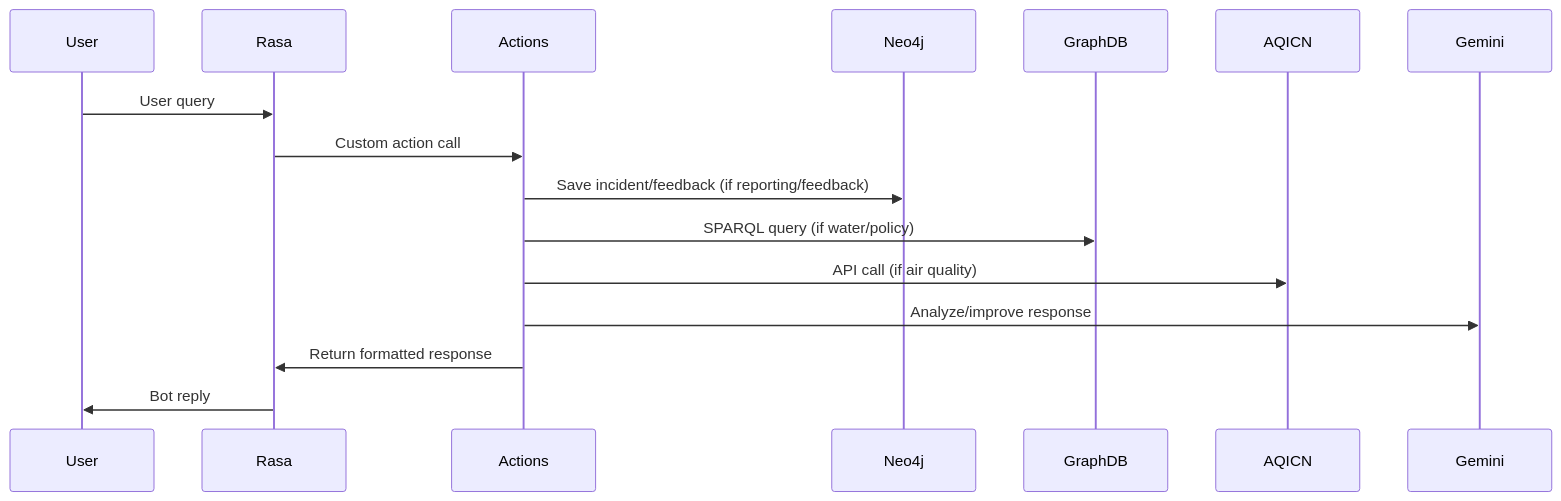
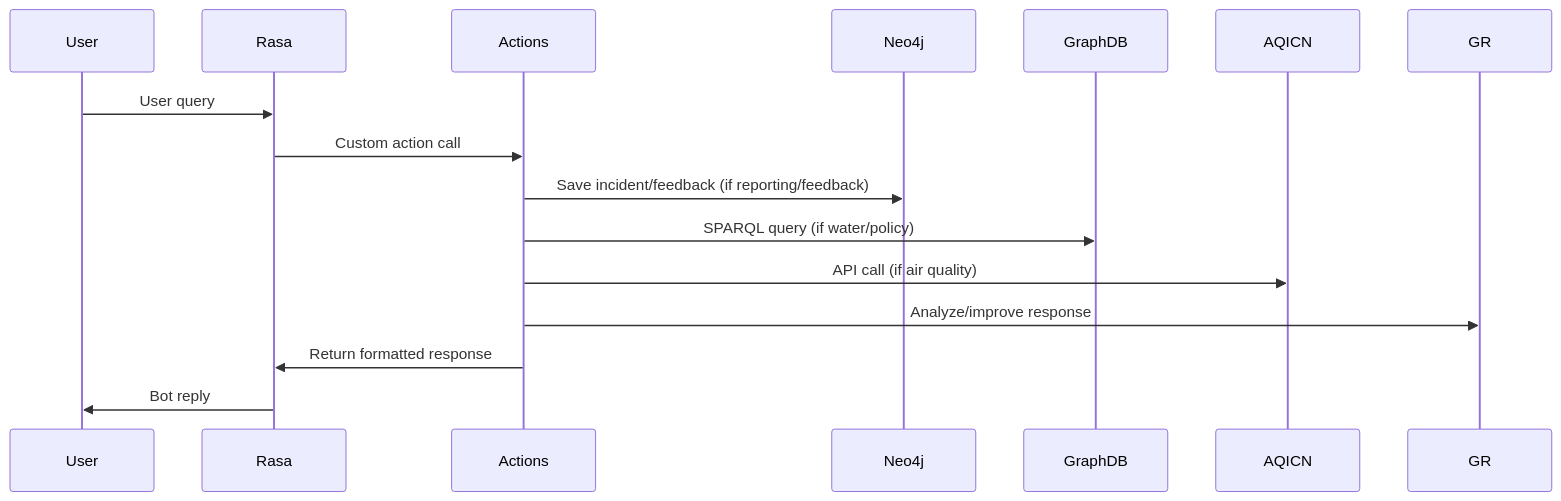
Before and after one commit to aryaayush190/EcoSentinel: the second of 2 diagrams in README.md, drawn with Mermaid.

````diff
--- a/README.md
+++ b/README.md
@@ -71,19 +71,18 @@
 ```mermaid
 sequenceDiagram
     participant U as User
     participant R as Rasa
     participant A as Actions
     participant N as Neo4j
     participant G as GraphDB
     participant Q as AQICN
-    participant GR as Gemini
 
     U->>R: User query
     R->>A: Custom action call
     A->>N: Save incident/feedback (if reporting/feedback)
     A->>G: SPARQL query (if water/policy)
     A->>Q: API call (if air quality)
     A->>GR: Analyze/improve response
     A->>R: Return formatted response
     R->>U: Bot reply
 ```
````
